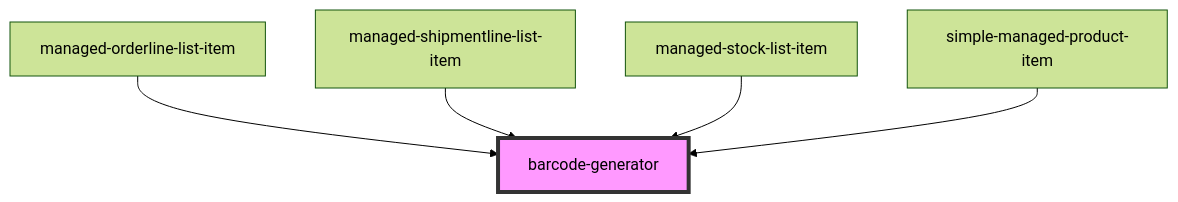
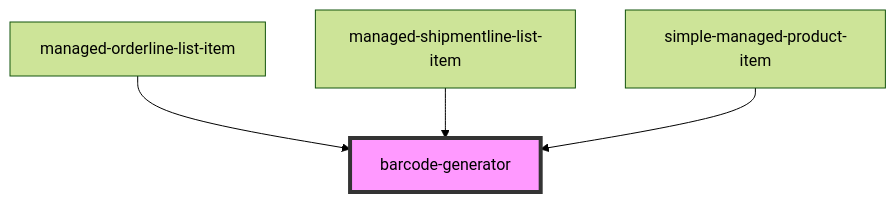
The diagram in pdm-web-components/src/components/barcode-generator/readme.md (PharmaLedger-IMI/fgt-workspace), drawn with Mermaid (forest theme) before and after one commit. The commit also changed other lines of this file and 26 other files, not shown here.

````diff
--- a/pdm-web-components/src/components/barcode-generator/readme.md
+++ b/pdm-web-components/src/components/barcode-generator/readme.md
@@ -30,8 +29,7 @@
 ```mermaid
 graph TD;
   managed-orderline-list-item --> barcode-generator
   managed-shipmentline-list-item --> barcode-generator
-  managed-stock-list-item --> barcode-generator
   simple-managed-product-item --> barcode-generator
   style barcode-generator fill:#f9f,stroke:#333,stroke-width:4px
 ```
````
